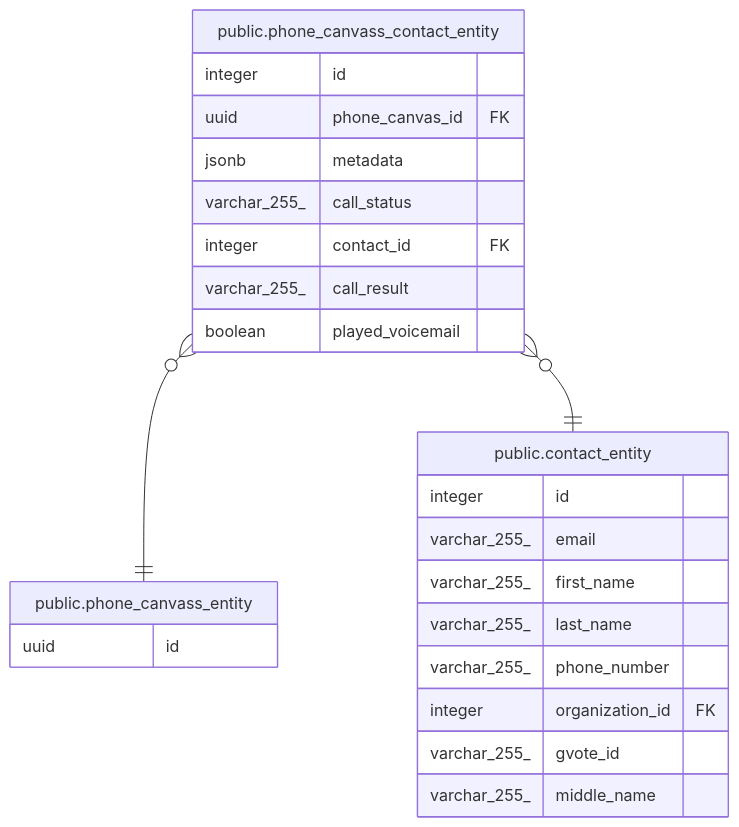
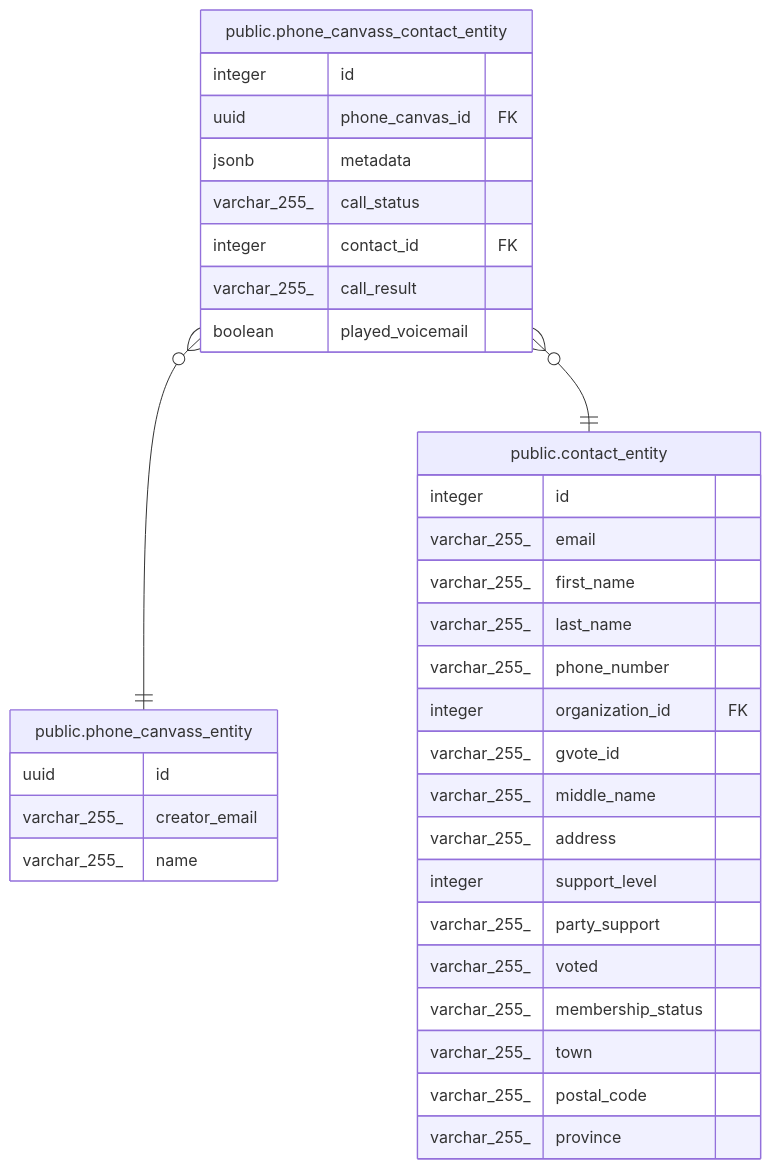
The diagram in doc/schema/public.phone_canvass_contact_entity.md (gpo/grassroots), drawn with Mermaid before and after one commit. The commit also changed 6 other files, not shown here.

````diff
--- a/doc/schema/public.phone_canvass_contact_entity.md
+++ b/doc/schema/public.phone_canvass_contact_entity.md
@@ -39,29 +39,39 @@
 ```mermaid
 erDiagram
 
 "public.phone_canvass_contact_entity" }o--|| "public.phone_canvass_entity" : ""
 "public.phone_canvass_contact_entity" }o--|| "public.contact_entity" : ""
 
 "public.phone_canvass_contact_entity" {
   integer id
   uuid phone_canvas_id FK
   jsonb metadata
   varchar_255_ call_status
   integer contact_id FK
   varchar_255_ call_result
   boolean played_voicemail
 }
 "public.phone_canvass_entity" {
   uuid id
+  varchar_255_ creator_email
+  varchar_255_ name
 }
 "public.contact_entity" {
   integer id
   varchar_255_ email
   varchar_255_ first_name
   varchar_255_ last_name
   varchar_255_ phone_number
   integer organization_id FK
   varchar_255_ gvote_id
   varchar_255_ middle_name
+  varchar_255_ address
+  integer support_level
+  varchar_255_ party_support
+  varchar_255_ voted
+  varchar_255_ membership_status
+  varchar_255_ town
+  varchar_255_ postal_code
+  varchar_255_ province
 }
 ```
````
